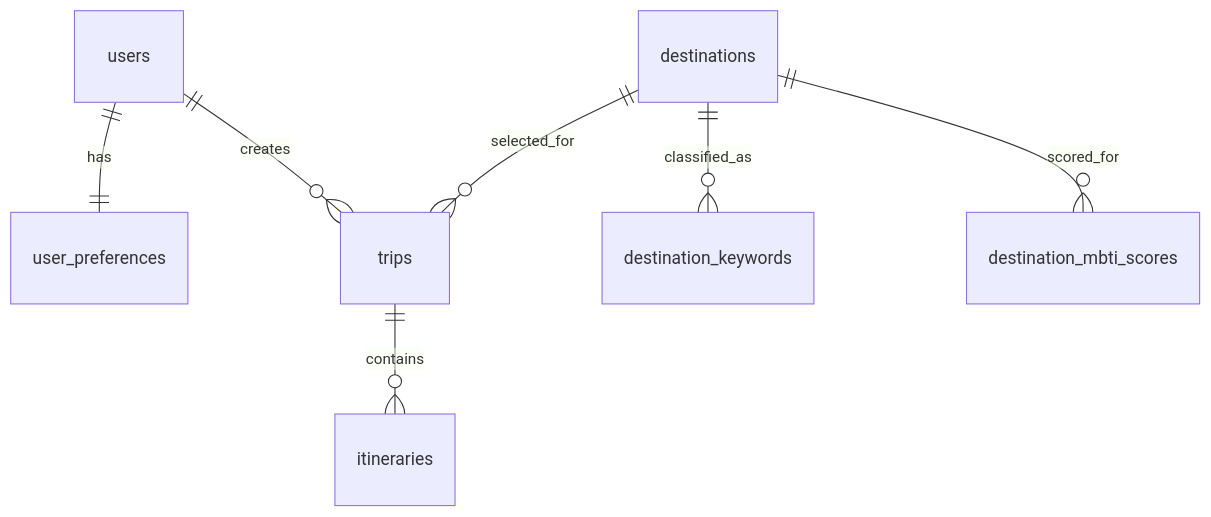
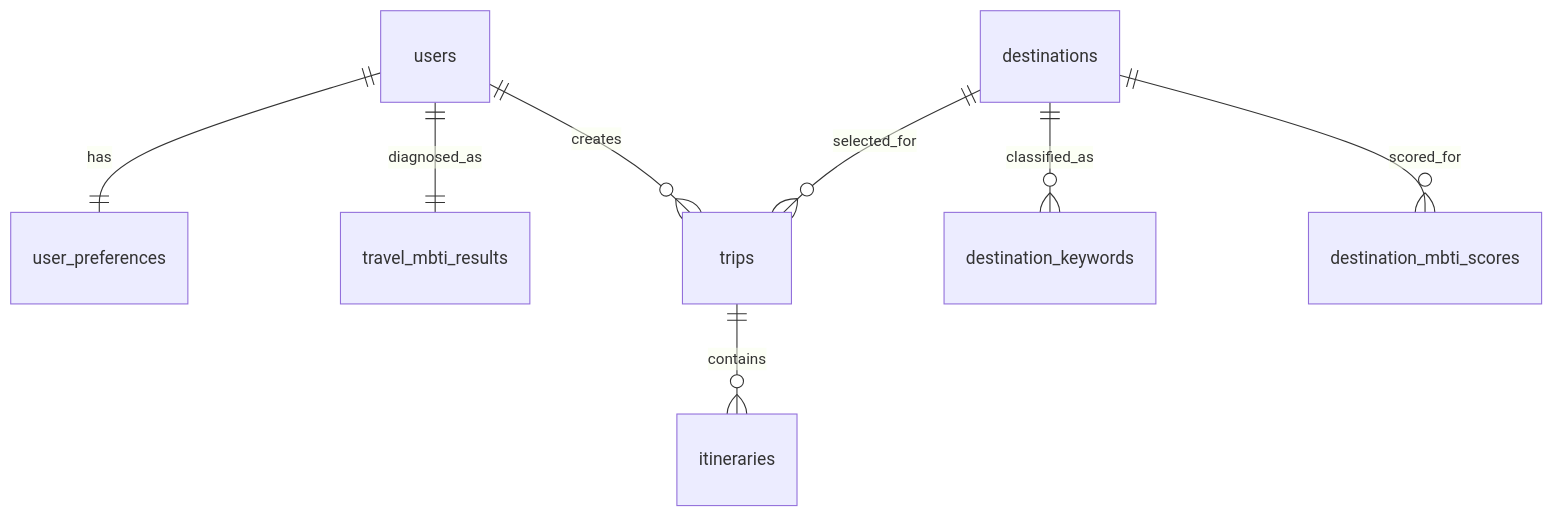
One commit to prgrms-aibe-devcourse/AIBE7-Project1-Team02 changed the diagram in docs/architecture/DB_SCHEMA.md. Above: the diagram before and after it, drawn with Mermaid. The commit also changed other lines of this file and 4 other files, not shown here.

````diff
--- a/docs/architecture/DB_SCHEMA.md
+++ b/docs/architecture/DB_SCHEMA.md
@@ -197,9 +203,10 @@
 ```mermaid
 erDiagram
     users ||--|| user_preferences : has
+    users ||--|| travel_mbti_results : diagnosed_as
     users ||--o{ trips : creates
     destinations ||--o{ trips : selected_for
     destinations ||--o{ destination_keywords : classified_as
     destinations ||--o{ destination_mbti_scores : scored_for
     trips ||--o{ itineraries : contains
 ```
````
